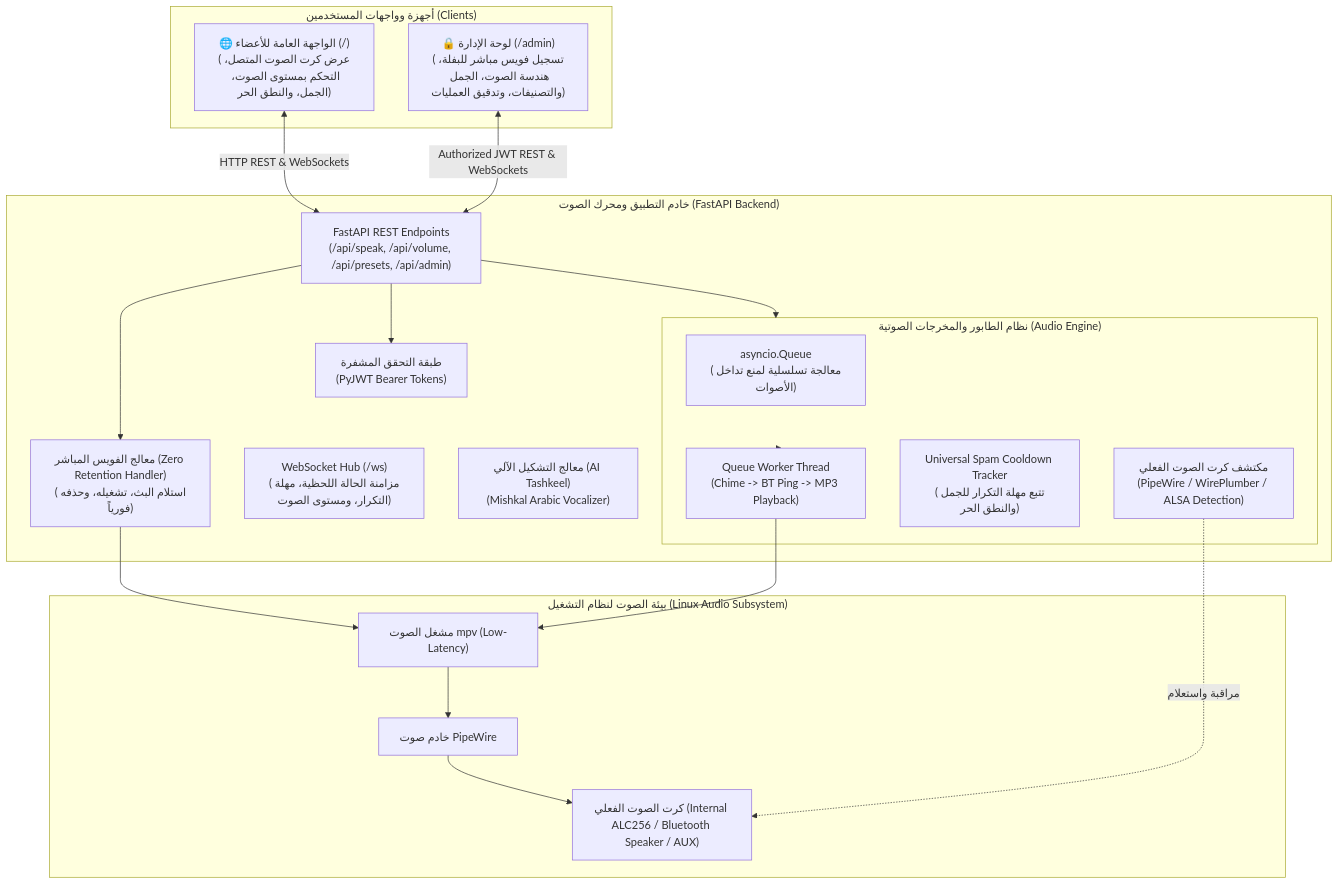
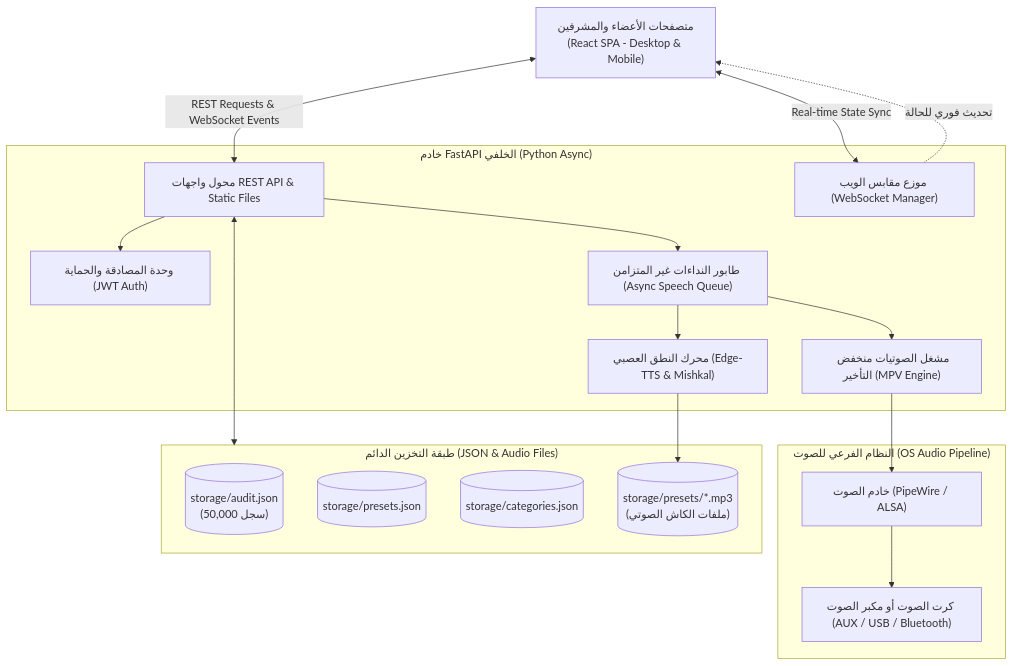
Before and after one commit to Moayad30/Kenel-ping: the first of 2 diagrams in docs/ARCHITECTURE.md, drawn with Mermaid. The commit also changed other lines of this file and 18 other files, not shown here.

````diff
--- a/docs/ARCHITECTURE.md
+++ b/docs/ARCHITECTURE.md
@@ -9,40 +9,37 @@
 ```mermaid
 flowchart TD
-    subgraph Clients["أجهزة وواجهات المستخدمين (Clients)"]
-        PublicUI["🌐 الواجهة العامة للأعضاء (/)\n(عرض كرت الصوت المتصل، التحكم بمستوى الصوت، الجمل، والنطق الحر)"]
-        AdminUI["🔒 لوحة الإدارة (/admin)\n(تسجيل فويس مباشر للبفلة، هندسة الصوت، الجمل والتصنيفات، وتدقيق العمليات)"]
+    Client["متصفحات الأعضاء والمشرفين\n(React SPA - Desktop & Mobile)"]
+    
+    subgraph BackendServer ["خادم FastAPI الخلفي (Python Async)"]
+        API["محول واجهات REST API & Static Files"]
+        WS["موزع مقابس الويب (WebSocket Manager)"]
+        Auth["وحدة المصادقة والحماية (JWT Auth)"]
+        AudioQ["طابور النداءات غير المتزامن (Async Speech Queue)"]
+        TTS["محرك النطق العصبي (Edge-TTS & Mishkal)"]
+        Engine["مشغل الصوتيات منخفض التأخير (MPV Engine)"]
     end
-
-    subgraph BackendEngine["خادم التطبيق ومحرك الصوت (FastAPI Backend)"]
-        API["FastAPI REST Endpoints\n(/api/speak, /api/volume, /api/presets, /api/admin)"]
-        WS["WebSocket Hub (/ws)\n(مزامنة الحالة اللحظية، مهلة التكرار، ومستوى الصوت)"]
-        AuthLayer["طبقة التحقق المشفرة\n(PyJWT Bearer Tokens)"]
-        TashkeelEngine["معالج التشكيل الآلي (AI Tashkeel)\n(Mishkal Arabic Vocalizer)"]
-        VoiceHandler["معالج الفويس المباشر (Zero Retention Handler)\n(استلام البث، تشغيله، وحذفه فورياً)"]
-        
-        subgraph QueueSystem["نظام الطابور والمخرجات الصوتية (Audio Engine)"]
-            Q["asyncio.Queue\n(معالجة تسلسلية لمنع تداخل الأصوات)"]
-            Worker["Queue Worker Thread\n(Chime -> BT Ping -> MP3 Playback)"]
-            Cooldown["Universal Spam Cooldown Tracker\n(تتبع مهلة التكرار للجمل والنطق الحر)"]
-            SinkDetector["مكتشف كرت الصوت الفعلي\n(PipeWire / WirePlumber / ALSA Detection)"]
-        end
+    
+    subgraph AudioSubsystem ["النظام الفرعي للصوت (OS Audio Pipeline)"]
+        PipeWire["خادم الصوت (PipeWire / ALSA)"]
+        OutputCard["كرت الصوت أو مكبر الصوت (AUX / USB / Bluetooth)"]
     end
-
-    subgraph LinuxAudioSubsystem["بيئة الصوت لنظام التشغيل (Linux Audio Subsystem)"]
-        PipeWire["خادم صوت PipeWire"]
-        MPV["مشغل الصوت mpv (Low-Latency)"]
-        HardwareCard["كرت الصوت الفعلي (Internal ALC256 / Bluetooth Speaker / AUX)"]
+    
+    subgraph Storage ["طبقة التخزين الدائم (JSON & Audio Files)"]
+        AuditFile[("storage/audit.json\n(50,000 سجل)")]
+        PresetsFile[("storage/presets.json")]
+        CategoriesFile[("storage/categories.json")]
+        AudioCache[("storage/presets/*.mp3\n(ملفات الكاش الصوتي)")]
     end
-
-    PublicUI <-->|HTTP REST & WebSockets| API
-    AdminUI <-->|Authorized JWT REST & WebSockets| API
-    API --> AuthLayer
-    API --> QueueSystem
-    API --> VoiceHandler
-    VoiceHandler --> MPV
-    QueueSystem --> Worker
-    Worker --> MPV
-    MPV --> PipeWire
-    PipeWire --> HardwareCard
-    SinkDetector -.->|مراقبة واستعلام| HardwareCard
+    
+    Client <-->|REST Requests & WebSocket Events| API
+    Client <-->|Real-time State Sync| WS
+    API --> Auth
+    API --> AudioQ
+    AudioQ --> TTS
+    TTS --> AudioCache
+    AudioQ --> Engine
+    Engine --> PipeWire
+    PipeWire --> OutputCard
+    API <--> Storage
+    WS -.->|تحديث فوري للحالة| Client
 ```
````
